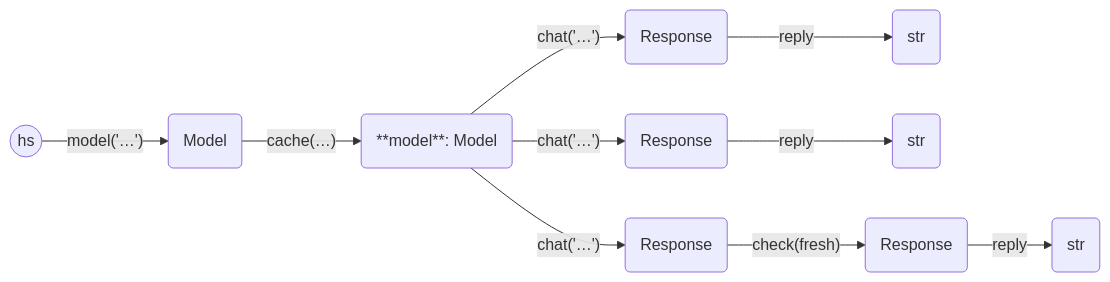
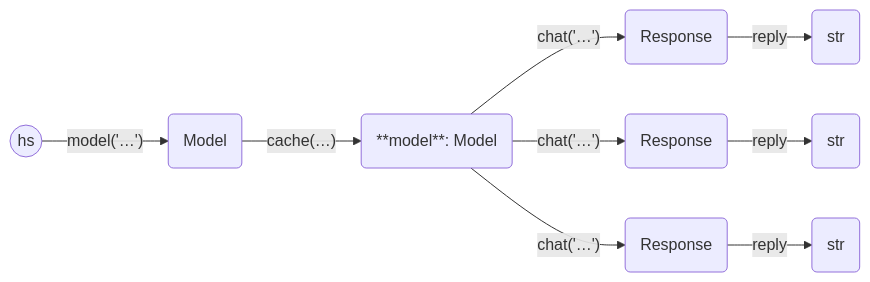
The diagram in examples/cache/README.md (andygill/haverscript), drawn with Mermaid before and after one commit. The commit also changed other lines of this file and 4 other files, not shown here.

````diff
--- a/examples/cache/README.md
+++ b/examples/cache/README.md
@@ -86,26 +69,24 @@
 ```mermaid
 graph LR
 
     start((hs))
     m0(Model)
     m1(**model**: Model)
     r0(Response)
     str0(str)
     r1(Response)
     str1(str)
     r2(Response)
-    r3(Response)
     str2(str)
 
 
     start -- model('…') --> m0
     m0 -- cache(…) --> m1
     m1 -- chat('…') --> r0
     r0 -- reply --> str0
     m1 -- chat('…') --> r1
     r1 -- reply --> str1
     m1 -- chat('…') --> r2
-    r2 -- check(fresh) --> r3
-    r3 -- reply --> str2
+    r2 -- reply --> str2
 
 ```
````
